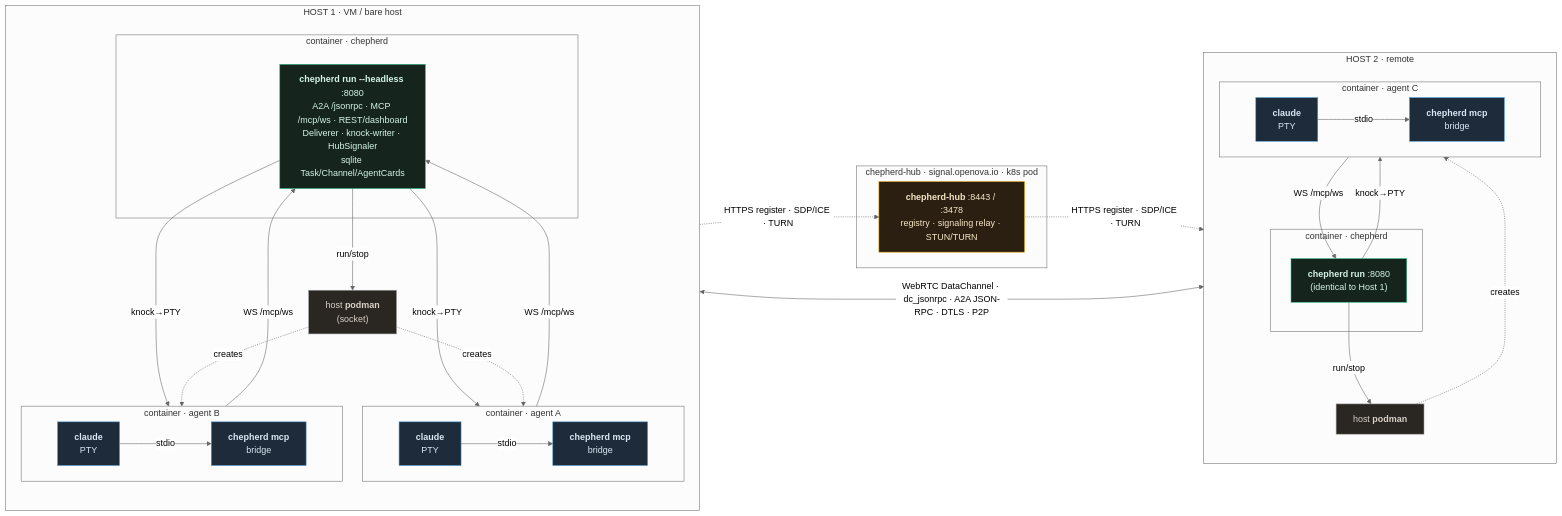
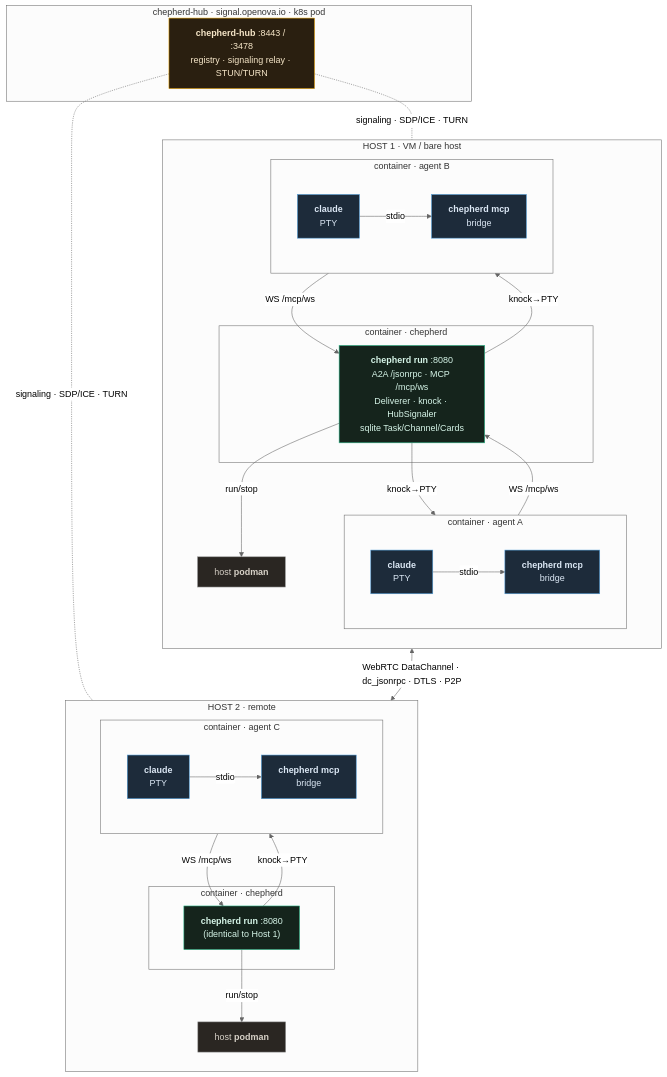
Before and after one commit to agenity-org/agenity: the first of 3 diagrams in docs/A2A-ARCHITECTURE.md, drawn with Mermaid (neutral theme).

Commit message:
docs(a2a): real 16:9 layout — verified by rendering, not guessing
Rendered the diagram in a headless browser and measured the SVG viewBox
each iteration. Prior versions were a 5:1 ribbon (LR) then a scattered
diagonal. Restructured as a hub-on-top waterfall (hub → two daemons →
their agents) which dagre lays out cleanly, and tuned nodeSpacing/
rankSpacing until the bounding box hit 1995×1143 ≈ 1.75:1 (16:9 = 1.78).
Also enabled htmlLabels so the multi-line <br/> daemon label renders
instead of jamming. Same real processes/connections.

````diff
--- a/docs/A2A-ARCHITECTURE.md
+++ b/docs/A2A-ARCHITECTURE.md
@@ -13,68 +13,64 @@
 ```mermaid
-%%{init: {'flowchart': {'nodeSpacing': 36, 'rankSpacing': 80, 'curve': 'basis'}}}%%
-flowchart LR
+%%{init: {'flowchart': {'htmlLabels': true, 'nodeSpacing': 105, 'rankSpacing': 45, 'curve':'basis'}}}%%
+flowchart TB
   classDef agent fill:#1d2b3a,stroke:#4f9dd9,color:#dce8f5
   classDef daemon fill:#15241c,stroke:#2fbf8f,color:#d6f5e8
   classDef infra fill:#2a2622,stroke:#9a9a9a,color:#d8d2c8
   classDef hub fill:#2a1f10,stroke:#e69f00,color:#f6e6c8
 
-  %% ── HOST 1 (left third) — agents A+B + daemon + podman ──────────────
+  %% ── HUB (top-centre) — both daemons dial OUT to it ──────────────────
+  subgraph HUB["chepherd-hub · signal.openova.io · k8s pod"]
+    HUBP["<b>chepherd-hub</b> :8443 / :3478<br/>registry · signaling relay · STUN/TURN"]:::hub
+  end
+
+  %% ── HOST 1 — daemon spawns agents A + B ─────────────────────────────
   subgraph HOST1["HOST 1 · VM / bare host"]
     direction TB
+    subgraph cD1["container · chepherd"]
+      DAEMON["<b>chepherd run</b> :8080<br/>A2A /jsonrpc · MCP /mcp/ws<br/>Deliverer · knock · HubSignaler<br/>sqlite Task/Channel/Cards"]:::daemon
+    end
     subgraph cA["container · agent A"]
       direction LR
       CLA["<b>claude</b><br/>PTY"]:::agent
       BRA["<b>chepherd mcp</b><br/>bridge"]:::agent
       CLA -- stdio --> BRA
     end
     subgraph cB["container · agent B"]
       direction LR
       CLB["<b>claude</b><br/>PTY"]:::agent
       BRB["<b>chepherd mcp</b><br/>bridge"]:::agent
       CLB -- stdio --> BRB
     end
-    subgraph cD1["container · chepherd"]
-      DAEMON["<b>chepherd run --headless</b> :8080<br/>A2A /jsonrpc · MCP /mcp/ws · REST/dashboard<br/>Deliverer · knock-writer · HubSignaler<br/>sqlite Task/Channel/AgentCards"]:::daemon
-    end
-    POD1["host <b>podman</b><br/>(socket)"]:::infra
+    POD1["host <b>podman</b>"]:::infra
     BRA -- "WS /mcp/ws" --> DAEMON
     BRB -- "WS /mcp/ws" --> DAEMON
     DAEMON -- "knock→PTY" --> CLA
     DAEMON -- "knock→PTY" --> CLB
     DAEMON -- "run/stop" --> POD1
-    POD1 -. creates .-> cA
-    POD1 -. creates .-> cB
   end
 
-  %% ── HUB (centre) — sits on the horizontal spine ─────────────────────
-  subgraph HUB["chepherd-hub · signal.openova.io · k8s pod"]
-    HUBP["<b>chepherd-hub</b> :8443 / :3478<br/>registry · signaling relay · STUN/TURN"]:::hub
-  end
-
-  %% ── HOST 2 (right third) — agent C + daemon + podman ────────────────
+  %% ── HOST 2 (remote) — daemon spawns agent C ─────────────────────────
   subgraph HOST2["HOST 2 · remote"]
     direction TB
     subgraph cD2["container · chepherd"]
       DAEMON2["<b>chepherd run</b> :8080<br/>(identical to Host 1)"]:::daemon
     end
     subgraph cC["container · agent C"]
       direction LR
       CLC["<b>claude</b><br/>PTY"]:::agent
       BRC["<b>chepherd mcp</b><br/>bridge"]:::agent
       CLC -- stdio --> BRC
     end
     POD2["host <b>podman</b>"]:::infra
     BRC -- "WS /mcp/ws" --> DAEMON2
     DAEMON2 -- "knock→PTY" --> CLC
     DAEMON2 -- "run/stop" --> POD2
-    POD2 -. creates .-> cC
   end
 
-  %% control plane — signaling RELAYED THROUGH the hub (both daemons dial out);
-  %% drawn daemon→hub→daemon so the hub lands centre on the spine.
-  DAEMON -. "HTTPS register · SDP/ICE · TURN" .-> HUBP
-  HUBP  -. "HTTPS register · SDP/ICE · TURN" .-> DAEMON2
+  %% control plane — signaling/discovery/TURN (no arrowhead: it's a dial-out link)
+  HUBP -. "signaling · SDP/ICE · TURN" .- DAEMON
+  HUBP -. "signaling · SDP/ICE · TURN" .- DAEMON2
 
   %% data plane — A2A payload peer-to-peer, hub-blind
-  DAEMON <-->|"WebRTC DataChannel · dc_jsonrpc · A2A JSON-RPC · DTLS · P2P"| DAEMON2
+  DAEMON <-->|"WebRTC DataChannel · dc_jsonrpc · DTLS · P2P"| DAEMON2
 ```
````
